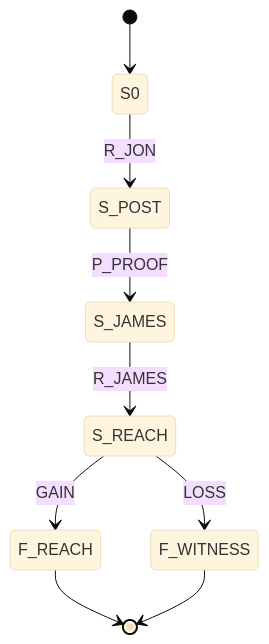
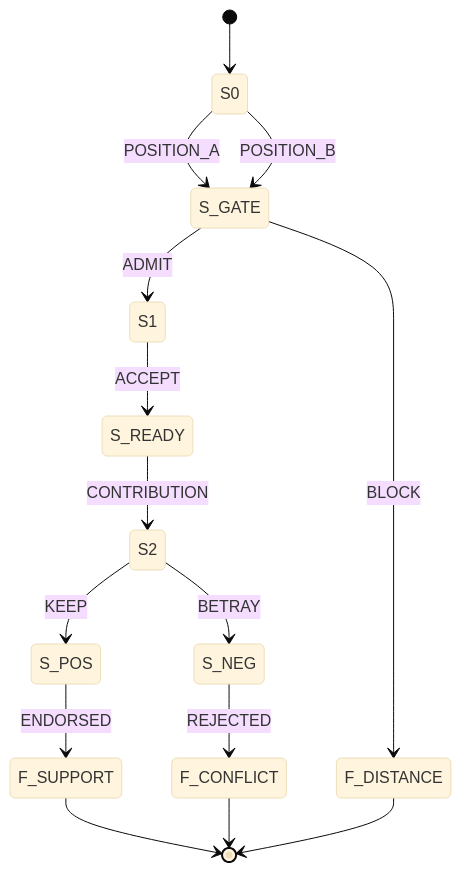
Before and after one commit to Stepami/golden-mouth: the eighth of 16 diagrams in docs/content-review/stories.md, drawn with Mermaid (base theme). The commit also changed other lines of this file and 6 other files, not shown here.

````diff
--- a/docs/content-review/stories.md
+++ b/docs/content-review/stories.md
@@ -797,11 +1035,17 @@
 ```mermaid
 stateDiagram-v2
     [*] --> S0
-    S0 --> S_POST: R_JON
-    S_POST --> S_JAMES: P_PROOF
-    S_JAMES --> S_REACH: R_JAMES
-    S_REACH --> F_REACH: GAIN
-    S_REACH --> F_WITNESS: LOSS
-    F_REACH --> [*]
-    F_WITNESS --> [*]
+    S0 --> S_GATE: POSITION_A
+    S0 --> S_GATE: POSITION_B
+    S_GATE --> S1: ADMIT
+    S_GATE --> F_DISTANCE: BLOCK
+    S1 --> S_READY: ACCEPT
+    S_READY --> S2: CONTRIBUTION
+    S2 --> S_POS: KEEP
+    S2 --> S_NEG: BETRAY
+    S_POS --> F_SUPPORT: ENDORSED
+    S_NEG --> F_CONFLICT: REJECTED
+    F_SUPPORT --> [*]
+    F_CONFLICT --> [*]
+    F_DISTANCE --> [*]
 ```
````
